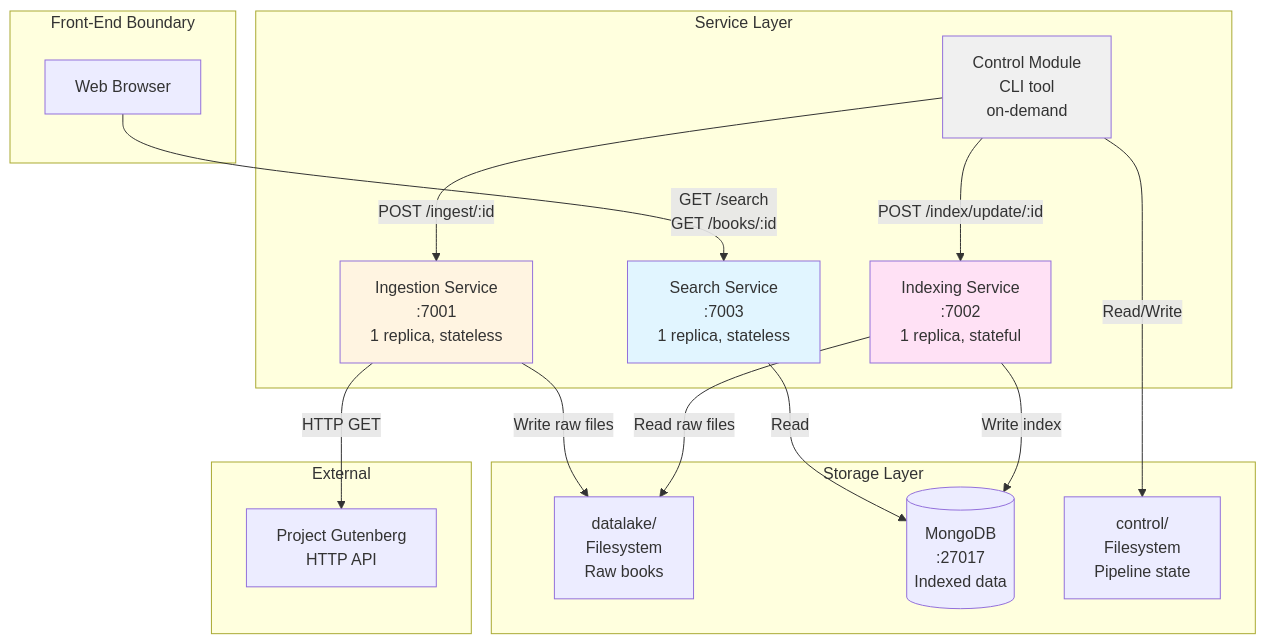
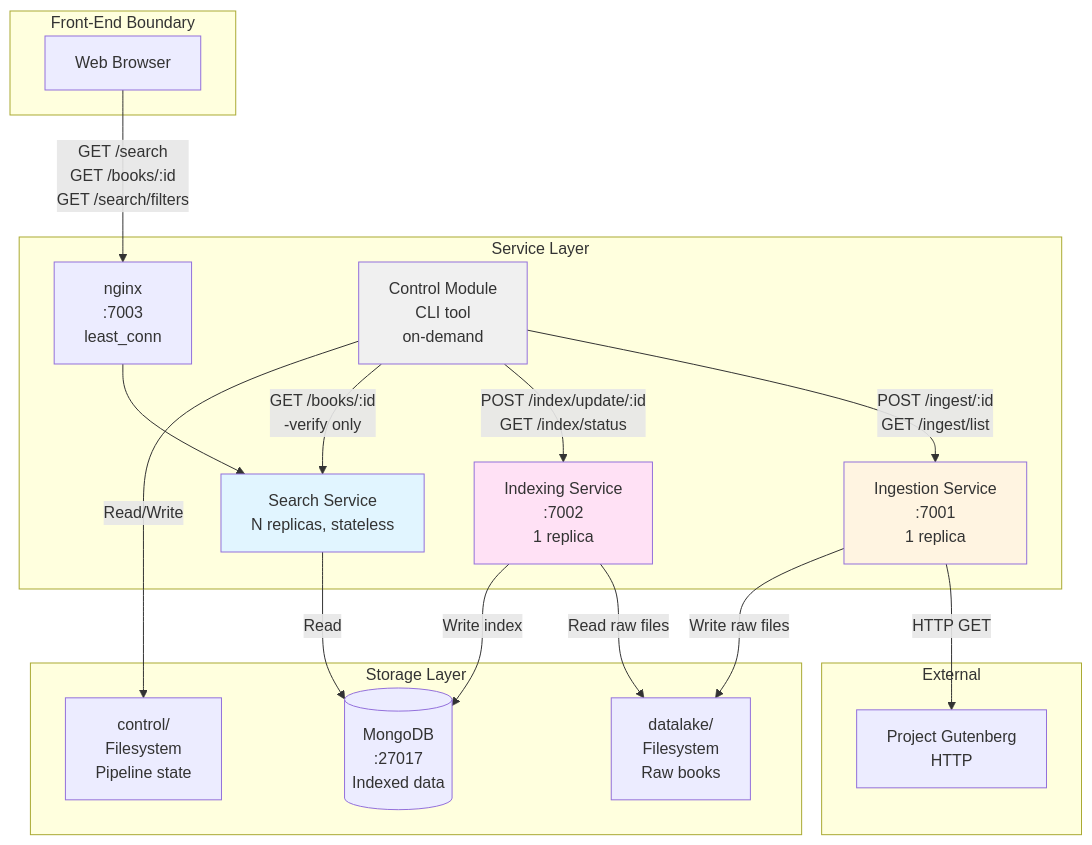
The first of 7 diagrams in docs/architecture.md (bigdata-devs/stage_2), drawn with Mermaid before and after one commit. The commit also changed other lines of this file and 3 other files, not shown here.

````diff
--- a/docs/architecture.md
+++ b/docs/architecture.md
@@ -7,41 +10,44 @@
 ```mermaid
 graph TB
     subgraph "Front-End Boundary"
         Browser[Web Browser]
     end
-    
+
     subgraph "Service Layer"
-        Search[Search Service<br/>:7003<br/>1 replica, stateless]
-        Ingestion[Ingestion Service<br/>:7001<br/>1 replica, stateless]
-        Indexing[Indexing Service<br/>:7002<br/>1 replica, stateful]
+        Nginx[nginx<br/>:7003<br/>least_conn]
+        Search[Search Service<br/>N replicas, stateless]
+        Ingestion[Ingestion Service<br/>:7001<br/>1 replica]
+        Indexing[Indexing Service<br/>:7002<br/>1 replica]
         Control[Control Module<br/>CLI tool<br/>on-demand]
     end
-    
+
     subgraph "Storage Layer"
         Datalake[datalake/<br/>Filesystem<br/>Raw books]
         Datamart[(MongoDB<br/>:27017<br/>Indexed data)]
         ControlState[control/<br/>Filesystem<br/>Pipeline state]
     end
-    
+
     subgraph "External"
-        Gutenberg[Project Gutenberg<br/>HTTP API]
+        Gutenberg[Project Gutenberg<br/>HTTP]
     end
-    
-    Browser -->|GET /search<br/>GET /books/:id| Search
+
+    Browser -->|GET /search<br/>GET /books/:id<br/>GET /search/filters| Nginx
+    Nginx --> Search
     Search -->|Read| Datamart
-    
-    Control -->|POST /ingest/:id| Ingestion
-    Control -->|POST /index/update/:id| Indexing
+
+    Control -->|POST /ingest/:id<br/>GET /ingest/list| Ingestion
+    Control -->|POST /index/update/:id<br/>GET /index/status| Indexing
+    Control -->|GET /books/:id<br/>-verify only| Search
     Control -->|Read/Write| ControlState
-    
+
     Ingestion -->|HTTP GET| Gutenberg
     Ingestion -->|Write raw files| Datalake
-    
+
     Indexing -->|Read raw files| Datalake
     Indexing -->|Write index| Datamart
-    
+
     style Search fill:#e1f5ff
     style Ingestion fill:#fff4e1
     style Indexing fill:#ffe1f5
     style Control fill:#f0f0f0
 ```
````
